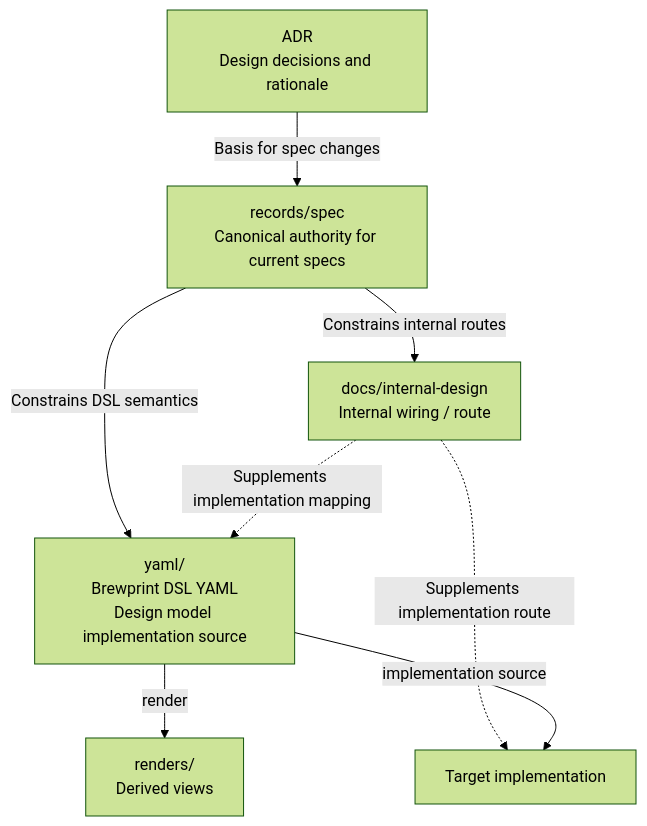
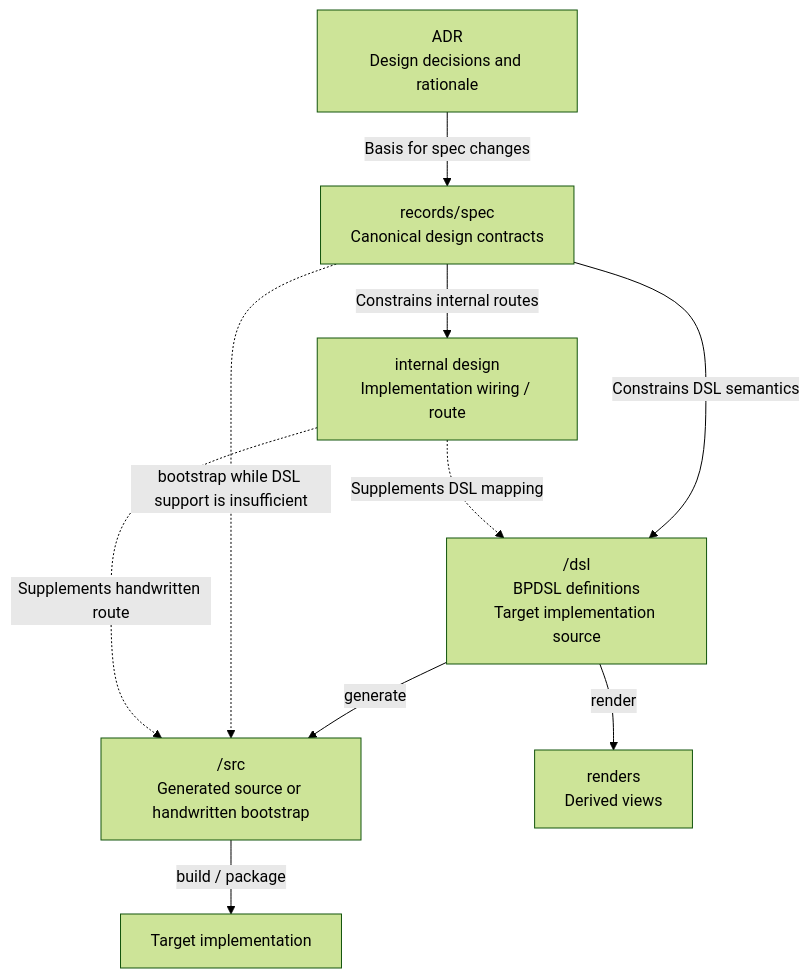
The diagram in product/records/spec/concepts/project-artifact-model/design-flow.md (hiroshiasayadev-prog/brewprint), drawn with Mermaid (forest theme) before and after one commit. The commit also changed other lines of this file and 7 other files, not shown here.

````diff
--- a/product/records/spec/concepts/project-artifact-model/design-flow.md
+++ b/product/records/spec/concepts/project-artifact-model/design-flow.md
@@ -16,17 +16,20 @@
 ```mermaid
 flowchart TD
   ADR["ADR<br/>Design decisions and rationale"]
-  SPEC["records/spec<br/>Canonical authority for current specs"]
-  INTERNAL["docs/internal-design<br/>Internal wiring / route"]
-  YAML["yaml/<br/>Brewprint DSL YAML<br/>Design model implementation source"]
-  RENDER["renders/<br/>Derived views"]
+  SPEC["records/spec<br/>Canonical design contracts"]
+  INTERNAL["internal design<br/>Implementation wiring / route"]
+  DSL["<app>/dsl<br/>BPDSL definitions<br/>Target implementation source"]
+  SRC["<app>/src<br/>Generated source or handwritten bootstrap"]
+  RENDER["renders<br/>Derived views"]
   IMPL["Target implementation"]
 
   ADR -->|"Basis for spec changes"| SPEC
   SPEC -->|"Constrains internal routes"| INTERNAL
-  SPEC -->|"Constrains DSL semantics"| YAML
-  INTERNAL -.->|"Supplements implementation mapping"| YAML
-  INTERNAL -.->|"Supplements implementation route"| IMPL
-  YAML -->|"render"| RENDER
-  YAML -->|"implementation source"| IMPL
+  SPEC -->|"Constrains DSL semantics"| DSL
+  INTERNAL -.->|"Supplements DSL mapping"| DSL
+  DSL -->|"generate"| SRC
+  DSL -->|"render"| RENDER
+  SPEC -.->|"bootstrap while DSL support is insufficient"| SRC
+  INTERNAL -.->|"Supplements handwritten route"| SRC
+  SRC -->|"build / package"| IMPL
 ```
````
